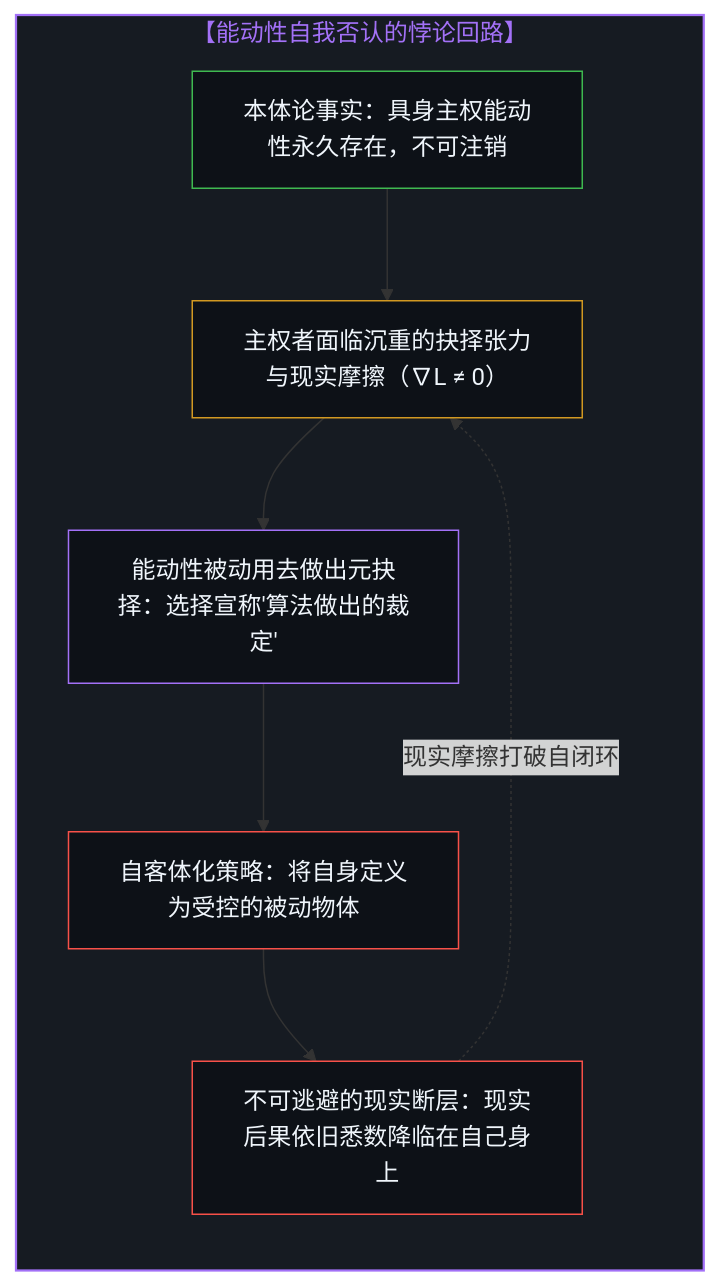
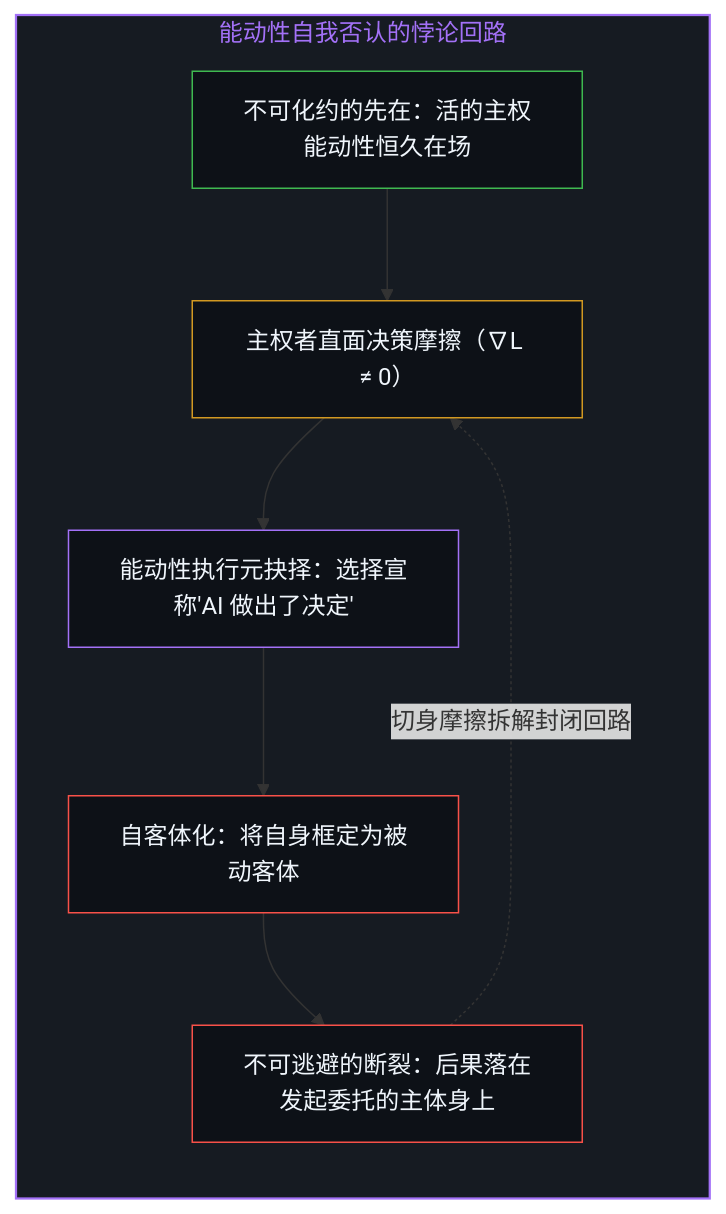
The ninth of 12 diagrams in content/posts/the-delegation-of-the-task-and-the-inalienability-of-consequences.md (powerpig99/not-a-toe), drawn with Mermaid before and after one commit. The commit also changed other lines of this file and 1 other file, not shown here.

Commit message:
Refine L1 #8 (Wave 3): the-delegation-of-the-task-and-the-inalienability-of-consequences

````diff
--- a/content/posts/the-delegation-of-the-task-and-the-inalienability-of-consequences.md
+++ b/content/posts/the-delegation-of-the-task-and-the-inalienability-of-consequences.md
@@ -347,20 +325,20 @@
 ```mermaid
-graph TD
-    subgraph Paradox_Of_Agency["【能动性自我否认的悖论回路】"]
+flowchart TD
+    subgraph S_Paradox["能动性自我否认的悖论回路"]
         direction TB
-        A1["本体论事实：具身主权能动性永久存在，不可注销"]
-        A2["主权者面临沉重的抉择张力与现实摩擦（∇L ≠ 0）"]
-        A3["能动性被动用去做出元抉择：选择宣称'算法做出的裁定'"]
-        A4["自客体化策略：将自身定义为受控的被动物体"]
-        A5["不可逃避的现实断层：现实后果依旧悉数降临在自己身上"]
+        A1["不可化约的先在：活的主权能动性恒久在场"]
+        A2["主权者直面决策摩擦（∇L ≠ 0）"]
+        A3["能动性执行元抉择：选择宣称'AI 做出了决定'"]
+        A4["自客体化：将自身框定为被动客体"]
+        A5["不可逃避的断裂：后果落在发起委托的主体身上"]
         A1 --> A2 --> A3 --> A4 --> A5
-        A5 -.->|"现实摩擦打破自闭环"| A2
+        A5 -.->|"切身摩擦拆解封闭回路"| A2
     end
 
-    style Paradox_Of_Agency fill:#161b22,stroke:#a371f7,stroke-width:1.5px,color:#a371f7
+    style S_Paradox fill:#161b22,stroke:#a371f7,stroke-width:1.5px,color:#a371f7
     style A1 fill:#0d1117,stroke:#3fb950,stroke-width:1px,color:#f0f6fc
     style A2 fill:#0d1117,stroke:#d29922,stroke-width:1px,color:#f0f6fc
     style A3 fill:#0d1117,stroke:#a371f7,stroke-width:1px,color:#f0f6fc
     style A4 fill:#0d1117,stroke:#f85149,stroke-width:1px,color:#f0f6fc
     style A5 fill:#0d1117,stroke:#f85149,stroke-width:1px,color:#f0f6fc
 ```
````
